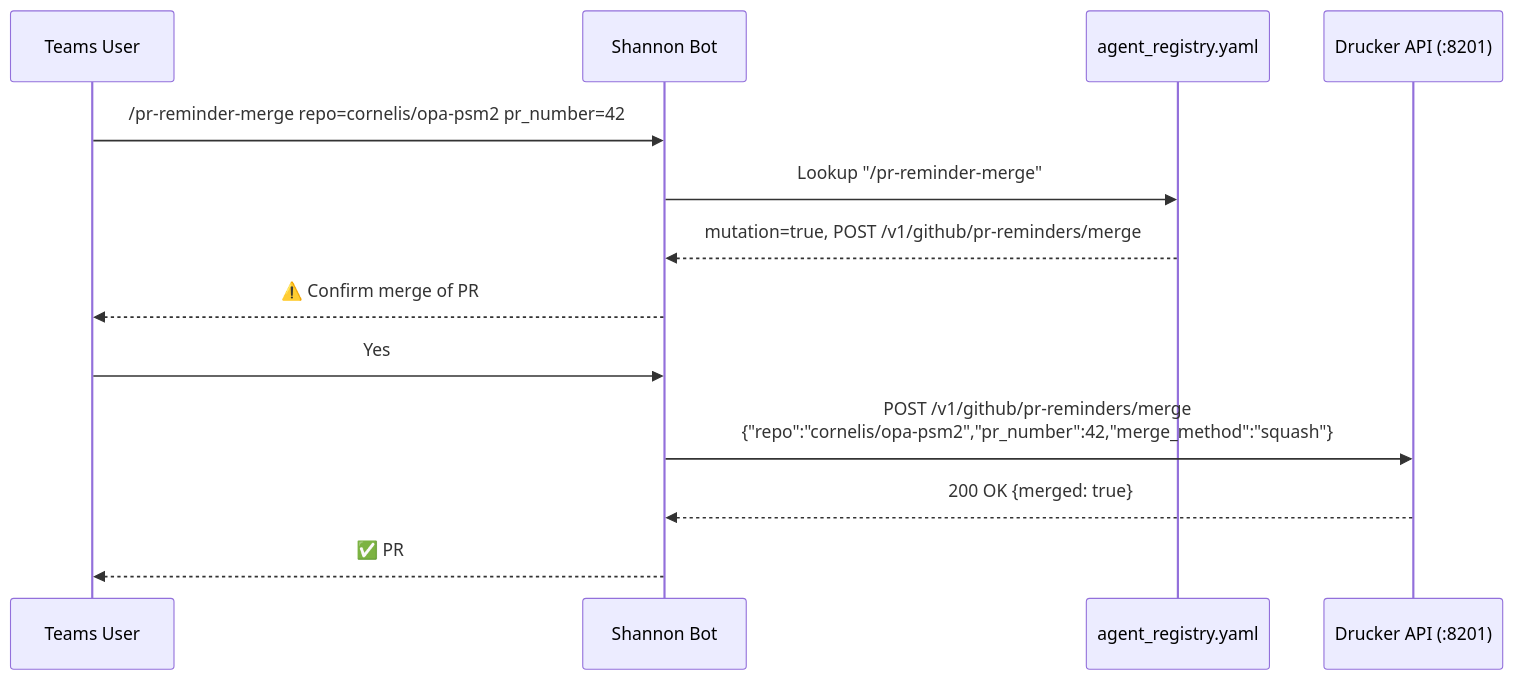
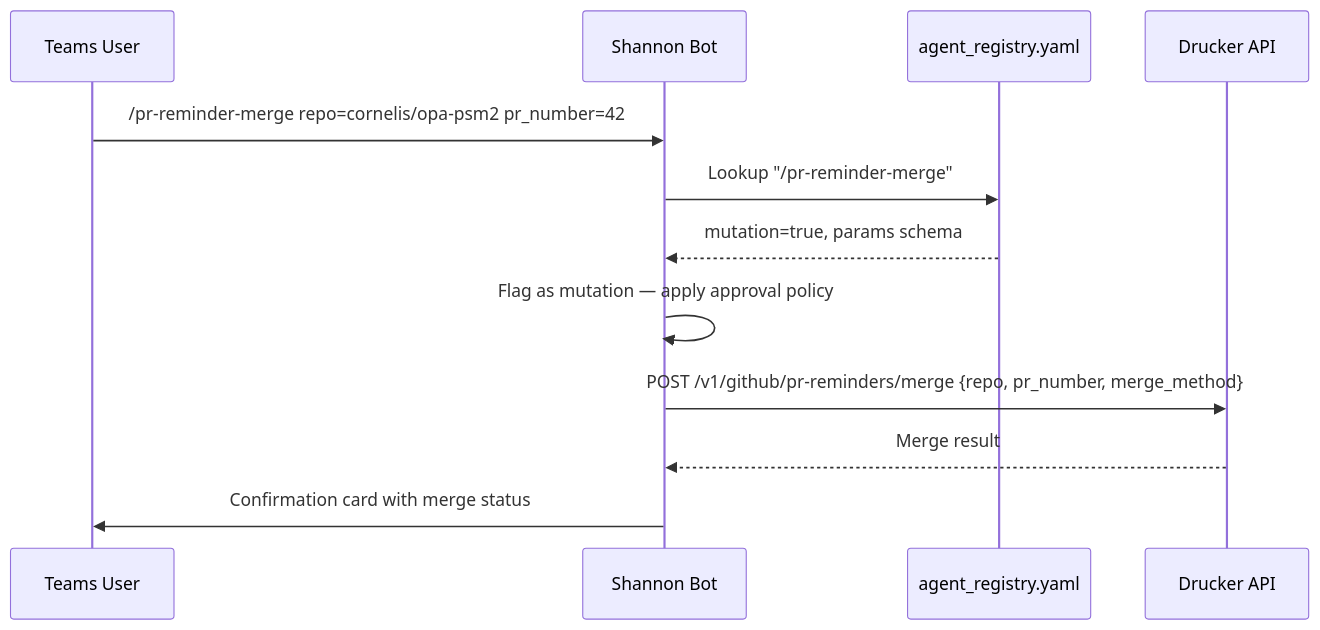
Before and after one commit to jmac-cornelis/agent-workforce: the third of 4 diagrams in docs/config-shannon.md, drawn with Mermaid. The commit also changed other lines of this file and 7 other files, not shown here.

````diff
--- a/docs/config-shannon.md
+++ b/docs/config-shannon.md
@@ -89,16 +88,15 @@
 ```mermaid
 sequenceDiagram
     participant User as Teams User
     participant Shannon as Shannon Bot
-    participant Registry as agent_registry.yaml
-    participant Drucker as Drucker API (:8201)
+    participant AR as agent_registry.yaml
+    participant Drucker as Drucker API
 
     User->>Shannon: /pr-reminder-merge repo=cornelis/opa-psm2 pr_number=42
-    Shannon->>Registry: Lookup "/pr-reminder-merge"
-    Registry-->>Shannon: mutation=true, POST /v1/github/pr-reminders/merge
-    Shannon-->>User: ⚠️ Confirm merge of PR #42? [Yes / Cancel]
-    User->>Shannon: Yes
-    Shannon->>Drucker: POST /v1/github/pr-reminders/merge<br/>{"repo":"cornelis/opa-psm2","pr_number":42,"merge_method":"squash"}
-    Drucker-->>Shannon: 200 OK {merged: true}
-    Shannon-->>User: ✅ PR #42 merged (squash)
+    Shannon->>AR: Lookup "/pr-reminder-merge"
+    AR-->>Shannon: mutation=true, params schema
+    Shannon->>Shannon: Flag as mutation — apply approval policy
+    Shannon->>Drucker: POST /v1/github/pr-reminders/merge {repo, pr_number, merge_method}
+    Drucker-->>Shannon: Merge result
+    Shannon->>User: Confirmation card with merge status
 ```
````
